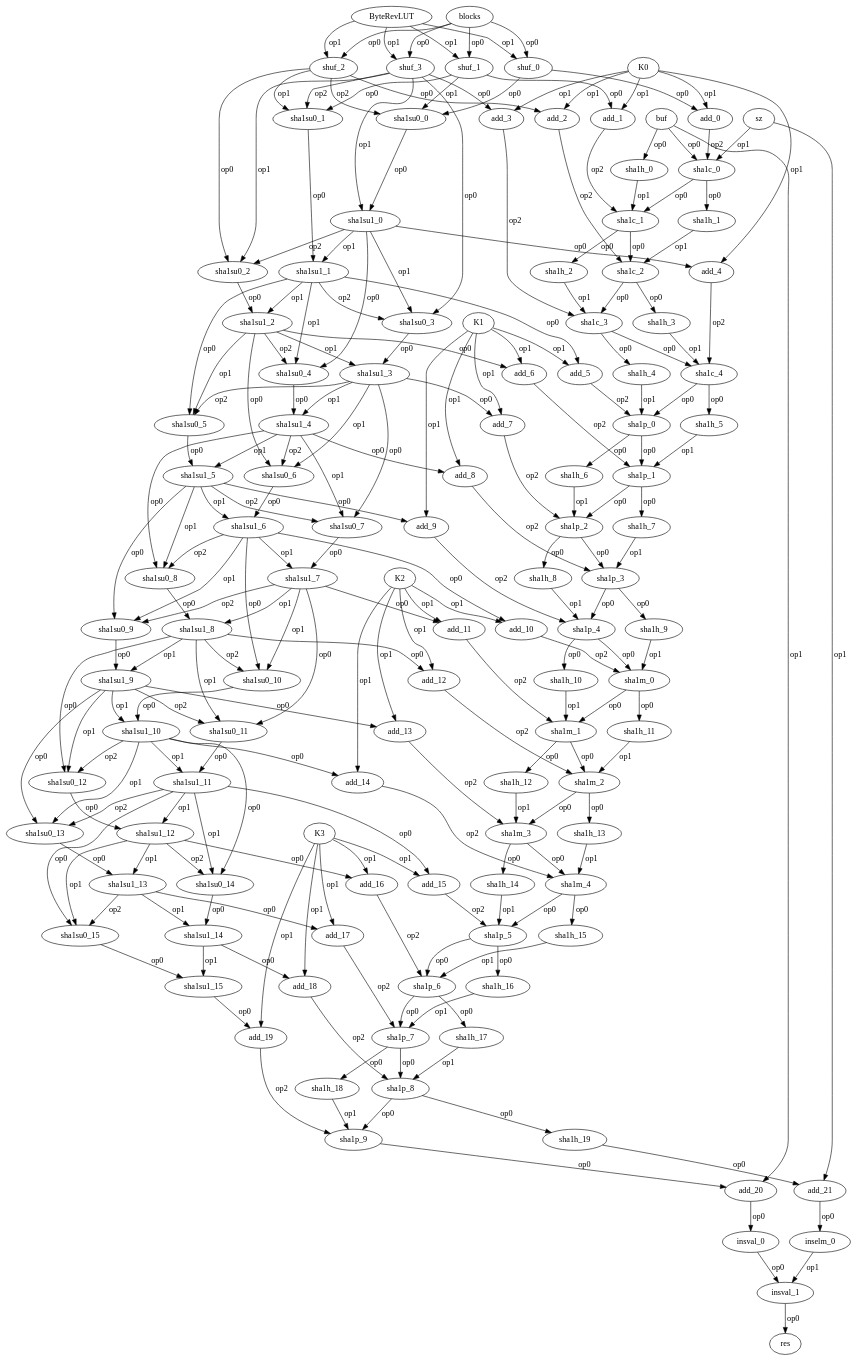
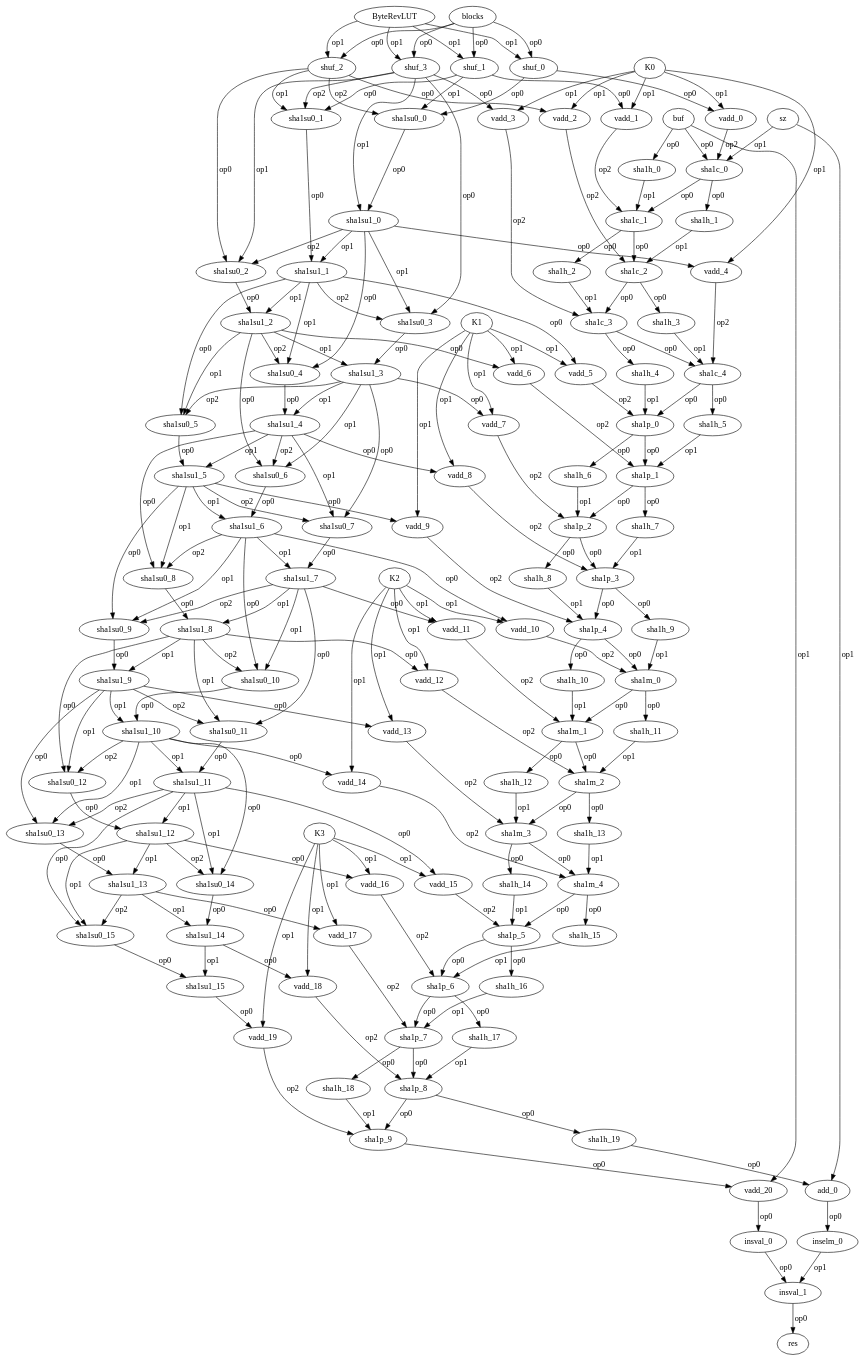
One commit to jevinskie/AArch64-SHA-Crypto-Extensions changed the diagram in sha1-compress-one-hand-dag-ops.dot. Above: the diagram before and after it, drawn with Graphviz. The commit also changed 9 other files, not shown here.

```diff
--- a/sha1-compress-one-hand-dag-ops.dot
+++ b/sha1-compress-one-hand-dag-ops.dot
@@ -3,46 +3,46 @@
 	blocks -> shuf_1	[label=op0];
 	blocks -> shuf_2	[label=op0];
 	blocks -> shuf_3	[label=op0];
-	shuf_0 -> add_0	[label=op0];
+	shuf_0 -> vadd_0	[label=op0];
 	shuf_0 -> sha1su0_0	[label=op0];
 	ByteRevLUT -> shuf_0	[label=op1];
 	ByteRevLUT -> shuf_1	[label=op1];
 	ByteRevLUT -> shuf_2	[label=op1];
 	ByteRevLUT -> shuf_3	[label=op1];
-	shuf_1 -> add_1	[label=op0];
+	shuf_1 -> vadd_1	[label=op0];
 	shuf_1 -> sha1su0_0	[label=op1];
 	shuf_1 -> sha1su0_1	[label=op0];
-	shuf_2 -> add_2	[label=op0];
+	shuf_2 -> vadd_2	[label=op0];
 	shuf_2 -> sha1su0_0	[label=op2];
 	shuf_2 -> sha1su0_1	[label=op1];
 	shuf_2 -> sha1su0_2	[label=op0];
-	shuf_3 -> add_3	[label=op0];
+	shuf_3 -> vadd_3	[label=op0];
 	shuf_3 -> sha1su1_0	[label=op1];
 	shuf_3 -> sha1su0_1	[label=op2];
 	shuf_3 -> sha1su0_2	[label=op1];
 	shuf_3 -> sha1su0_3	[label=op0];
-	add_0 -> sha1c_0	[label=op2];
-	K0 -> add_0	[label=op1];
-	K0 -> add_1	[label=op1];
-	K0 -> add_2	[label=op1];
-	K0 -> add_3	[label=op1];
-	K0 -> add_4	[label=op1];
-	add_1 -> sha1c_1	[label=op2];
+	vadd_0 -> sha1c_0	[label=op2];
+	K0 -> vadd_0	[label=op1];
+	K0 -> vadd_1	[label=op1];
+	K0 -> vadd_2	[label=op1];
+	K0 -> vadd_3	[label=op1];
+	K0 -> vadd_4	[label=op1];
+	vadd_1 -> sha1c_1	[label=op2];
 	buf -> sha1h_0	[label=op0];
 	buf -> sha1c_0	[label=op0];
-	buf -> add_20	[label=op1];
+	buf -> vadd_20	[label=op1];
 	sha1h_0 -> sha1c_1	[label=op1];
 	sha1c_0 -> sha1h_1	[label=op0];
 	sha1c_0 -> sha1c_1	[label=op0];
 	sz -> sha1c_0	[label=op1];
-	sz -> add_21	[label=op1];
-	add_2 -> sha1c_2	[label=op2];
+	sz -> add_0	[label=op1];
+	vadd_2 -> sha1c_2	[label=op2];
 	sha1su0_0 -> sha1su1_0	[label=op0];
 	sha1h_1 -> sha1c_2	[label=op1];
 	sha1c_1 -> sha1h_2	[label=op0];
 	sha1c_1 -> sha1c_2	[label=op0];
-	add_3 -> sha1c_3	[label=op2];
-	sha1su1_0 -> add_4	[label=op0];
+	vadd_3 -> sha1c_3	[label=op2];
+	sha1su1_0 -> vadd_4	[label=op0];
 	sha1su1_0 -> sha1su1_1	[label=op1];
 	sha1su1_0 -> sha1su0_2	[label=op2];
 	sha1su1_0 -> sha1su0_3	[label=op1];
@@ -51,8 +51,8 @@
 	sha1h_2 -> sha1c_3	[label=op1];
 	sha1c_2 -> sha1h_3	[label=op0];
 	sha1c_2 -> sha1c_3	[label=op0];
-	add_4 -> sha1c_4	[label=op2];
-	sha1su1_1 -> add_5	[label=op0];
+	vadd_4 -> sha1c_4	[label=op2];
+	sha1su1_1 -> vadd_5	[label=op0];
 	sha1su1_1 -> sha1su1_2	[label=op1];
 	sha1su1_1 -> sha1su0_3	[label=op2];
 	sha1su1_1 -> sha1su0_4	[label=op1];
@@ -61,13 +61,13 @@
 	sha1h_3 -> sha1c_4	[label=op1];
 	sha1c_3 -> sha1h_4	[label=op0];
 	sha1c_3 -> sha1c_4	[label=op0];
-	add_5 -> sha1p_0	[label=op2];
-	K1 -> add_5	[label=op1];
-	K1 -> add_6	[label=op1];
-	K1 -> add_7	[label=op1];
-	K1 -> add_8	[label=op1];
-	K1 -> add_9	[label=op1];
-	sha1su1_2 -> add_6	[label=op0];
+	vadd_5 -> sha1p_0	[label=op2];
+	K1 -> vadd_5	[label=op1];
+	K1 -> vadd_6	[label=op1];
+	K1 -> vadd_7	[label=op1];
+	K1 -> vadd_8	[label=op1];
+	K1 -> vadd_9	[label=op1];
+	sha1su1_2 -> vadd_6	[label=op0];
 	sha1su1_2 -> sha1su1_3	[label=op1];
 	sha1su1_2 -> sha1su0_4	[label=op2];
 	sha1su1_2 -> sha1su0_5	[label=op1];
@@ -76,8 +76,8 @@
 	sha1h_4 -> sha1p_0	[label=op1];
 	sha1c_4 -> sha1h_5	[label=op0];
 	sha1c_4 -> sha1p_0	[label=op0];
-	add_6 -> sha1p_1	[label=op2];
-	sha1su1_3 -> add_7	[label=op0];
+	vadd_6 -> sha1p_1	[label=op2];
+	sha1su1_3 -> vadd_7	[label=op0];
 	sha1su1_3 -> sha1su1_4	[label=op1];
 	sha1su1_3 -> sha1su0_5	[label=op2];
 	sha1su1_3 -> sha1su0_6	[label=op1];
@@ -86,8 +86,8 @@
 	sha1h_5 -> sha1p_1	[label=op1];
 	sha1p_0 -> sha1h_6	[label=op0];
 	sha1p_0 -> sha1p_1	[label=op0];
-	add_7 -> sha1p_2	[label=op2];
-	sha1su1_4 -> add_8	[label=op0];
+	vadd_7 -> sha1p_2	[label=op2];
+	sha1su1_4 -> vadd_8	[label=op0];
 	sha1su1_4 -> sha1su1_5	[label=op1];
 	sha1su1_4 -> sha1su0_6	[label=op2];
 	sha1su1_4 -> sha1su0_7	[label=op1];
@@ -96,8 +96,8 @@
 	sha1h_6 -> sha1p_2	[label=op1];
 	sha1p_1 -> sha1h_7	[label=op0];
 	sha1p_1 -> sha1p_2	[label=op0];
-	add_8 -> sha1p_3	[label=op2];
-	sha1su1_5 -> add_9	[label=op0];
+	vadd_8 -> sha1p_3	[label=op2];
+	sha1su1_5 -> vadd_9	[label=op0];
 	sha1su1_5 -> sha1su1_6	[label=op1];
 	sha1su1_5 -> sha1su0_7	[label=op2];
 	sha1su1_5 -> sha1su0_8	[label=op1];
@@ -106,8 +106,8 @@
 	sha1h_7 -> sha1p_3	[label=op1];
 	sha1p_2 -> sha1h_8	[label=op0];
 	sha1p_2 -> sha1p_3	[label=op0];
-	add_9 -> sha1p_4	[label=op2];
-	sha1su1_6 -> add_10	[label=op0];
+	vadd_9 -> sha1p_4	[label=op2];
+	sha1su1_6 -> vadd_10	[label=op0];
 	sha1su1_6 -> sha1su1_7	[label=op1];
 	sha1su1_6 -> sha1su0_8	[label=op2];
 	sha1su1_6 -> sha1su0_9	[label=op1];
@@ -116,13 +116,13 @@
 	sha1h_8 -> sha1p_4	[label=op1];
 	sha1p_3 -> sha1h_9	[label=op0];
 	sha1p_3 -> sha1p_4	[label=op0];
-	add_10 -> sha1m_0	[label=op2];
-	K2 -> add_10	[label=op1];
-	K2 -> add_11	[label=op1];
-	K2 -> add_12	[label=op1];
-	K2 -> add_13	[label=op1];
-	K2 -> add_14	[label=op1];
-	sha1su1_7 -> add_11	[label=op0];
+	vadd_10 -> sha1m_0	[label=op2];
+	K2 -> vadd_10	[label=op1];
+	K2 -> vadd_11	[label=op1];
+	K2 -> vadd_12	[label=op1];
+	K2 -> vadd_13	[label=op1];
+	K2 -> vadd_14	[label=op1];
+	sha1su1_7 -> vadd_11	[label=op0];
 	sha1su1_7 -> sha1su1_8	[label=op1];
 	sha1su1_7 -> sha1su0_9	[label=op2];
 	sha1su1_7 -> sha1su0_10	[label=op1];
@@ -131,8 +131,8 @@
 	sha1h_9 -> sha1m_0	[label=op1];
 	sha1p_4 -> sha1h_10	[label=op0];
 	sha1p_4 -> sha1m_0	[label=op0];
-	add_11 -> sha1m_1	[label=op2];
-	sha1su1_8 -> add_12	[label=op0];
+	vadd_11 -> sha1m_1	[label=op2];
+	sha1su1_8 -> vadd_12	[label=op0];
 	sha1su1_8 -> sha1su1_9	[label=op1];
 	sha1su1_8 -> sha1su0_10	[label=op2];
 	sha1su1_8 -> sha1su0_11	[label=op1];
@@ -141,8 +141,8 @@
 	sha1h_10 -> sha1m_1	[label=op1];
 	sha1m_0 -> sha1h_11	[label=op0];
 	sha1m_0 -> sha1m_1	[label=op0];
-	add_12 -> sha1m_2	[label=op2];
-	sha1su1_9 -> add_13	[label=op0];
+	vadd_12 -> sha1m_2	[label=op2];
+	sha1su1_9 -> vadd_13	[label=op0];
 	sha1su1_9 -> sha1su1_10	[label=op1];
 	sha1su1_9 -> sha1su0_11	[label=op2];
 	sha1su1_9 -> sha1su0_12	[label=op1];
@@ -151,8 +151,8 @@
 	sha1h_11 -> sha1m_2	[label=op1];
 	sha1m_1 -> sha1h_12	[label=op0];
 	sha1m_1 -> sha1m_2	[label=op0];
-	add_13 -> sha1m_3	[label=op2];
-	sha1su1_10 -> add_14	[label=op0];
+	vadd_13 -> sha1m_3	[label=op2];
+	sha1su1_10 -> vadd_14	[label=op0];
 	sha1su1_10 -> sha1su1_11	[label=op1];
 	sha1su1_10 -> sha1su0_12	[label=op2];
 	sha1su1_10 -> sha1su0_13	[label=op1];
@@ -161,8 +161,8 @@
 	sha1h_12 -> sha1m_3	[label=op1];
 	sha1m_2 -> sha1h_13	[label=op0];
 	sha1m_2 -> sha1m_3	[label=op0];
-	add_14 -> sha1m_4	[label=op2];
-	sha1su1_11 -> add_15	[label=op0];
+	vadd_14 -> sha1m_4	[label=op2];
+	sha1su1_11 -> vadd_15	[label=op0];
 	sha1su1_11 -> sha1su1_12	[label=op1];
 	sha1su1_11 -> sha1su0_13	[label=op2];
 	sha1su1_11 -> sha1su0_14	[label=op1];
@@ -171,13 +171,13 @@
 	sha1h_13 -> sha1m_4	[label=op1];
 	sha1m_3 -> sha1h_14	[label=op0];
 	sha1m_3 -> sha1m_4	[label=op0];
-	add_15 -> sha1p_5	[label=op2];
-	K3 -> add_15	[label=op1];
-	K3 -> add_16	[label=op1];
-	K3 -> add_17	[label=op1];
-	K3 -> add_18	[label=op1];
-	K3 -> add_19	[label=op1];
-	sha1su1_12 -> add_16	[label=op0];
+	vadd_15 -> sha1p_5	[label=op2];
+	K3 -> vadd_15	[label=op1];
+	K3 -> vadd_16	[label=op1];
+	K3 -> vadd_17	[label=op1];
+	K3 -> vadd_18	[label=op1];
+	K3 -> vadd_19	[label=op1];
+	sha1su1_12 -> vadd_16	[label=op0];
 	sha1su1_12 -> sha1su1_13	[label=op1];
 	sha1su1_12 -> sha1su0_14	[label=op2];
 	sha1su1_12 -> sha1su0_15	[label=op1];
@@ -185,34 +185,34 @@
 	sha1h_14 -> sha1p_5	[label=op1];
 	sha1m_4 -> sha1h_15	[label=op0];
 	sha1m_4 -> sha1p_5	[label=op0];
-	add_16 -> sha1p_6	[label=op2];
-	sha1su1_13 -> add_17	[label=op0];
+	vadd_16 -> sha1p_6	[label=op2];
+	sha1su1_13 -> vadd_17	[label=op0];
 	sha1su1_13 -> sha1su1_14	[label=op1];
 	sha1su1_13 -> sha1su0_15	[label=op2];
 	sha1su0_14 -> sha1su1_14	[label=op0];
 	sha1h_15 -> sha1p_6	[label=op1];
 	sha1p_5 -> sha1h_16	[label=op0];
 	sha1p_5 -> sha1p_6	[label=op0];
-	add_17 -> sha1p_7	[label=op2];
-	sha1su1_14 -> add_18	[label=op0];
+	vadd_17 -> sha1p_7	[label=op2];
+	sha1su1_14 -> vadd_18	[label=op0];
 	sha1su1_14 -> sha1su1_15	[label=op1];
 	sha1su0_15 -> sha1su1_15	[label=op0];
 	sha1h_16 -> sha1p_7	[label=op1];
 	sha1p_6 -> sha1h_17	[label=op0];
 	sha1p_6 -> sha1p_7	[label=op0];
-	add_18 -> sha1p_8	[label=op2];
-	sha1su1_15 -> add_19	[label=op0];
+	vadd_18 -> sha1p_8	[label=op2];
+	sha1su1_15 -> vadd_19	[label=op0];
 	sha1h_17 -> sha1p_8	[label=op1];
 	sha1p_7 -> sha1h_18	[label=op0];
 	sha1p_7 -> sha1p_8	[label=op0];
-	add_19 -> sha1p_9	[label=op2];
+	vadd_19 -> sha1p_9	[label=op2];
 	sha1h_18 -> sha1p_9	[label=op1];
 	sha1p_8 -> sha1h_19	[label=op0];
 	sha1p_8 -> sha1p_9	[label=op0];
-	sha1h_19 -> add_21	[label=op0];
-	sha1p_9 -> add_20	[label=op0];
-	add_20 -> insval_0	[label=op0];
-	add_21 -> inselm_0	[label=op0];
+	sha1h_19 -> add_0	[label=op0];
+	sha1p_9 -> vadd_20	[label=op0];
+	vadd_20 -> insval_0	[label=op0];
+	add_0 -> inselm_0	[label=op0];
 	inselm_0 -> insval_1	[label=op1];
 	insval_0 -> insval_1	[label=op0];
 	insval_1 -> res	[label=op0];
```
